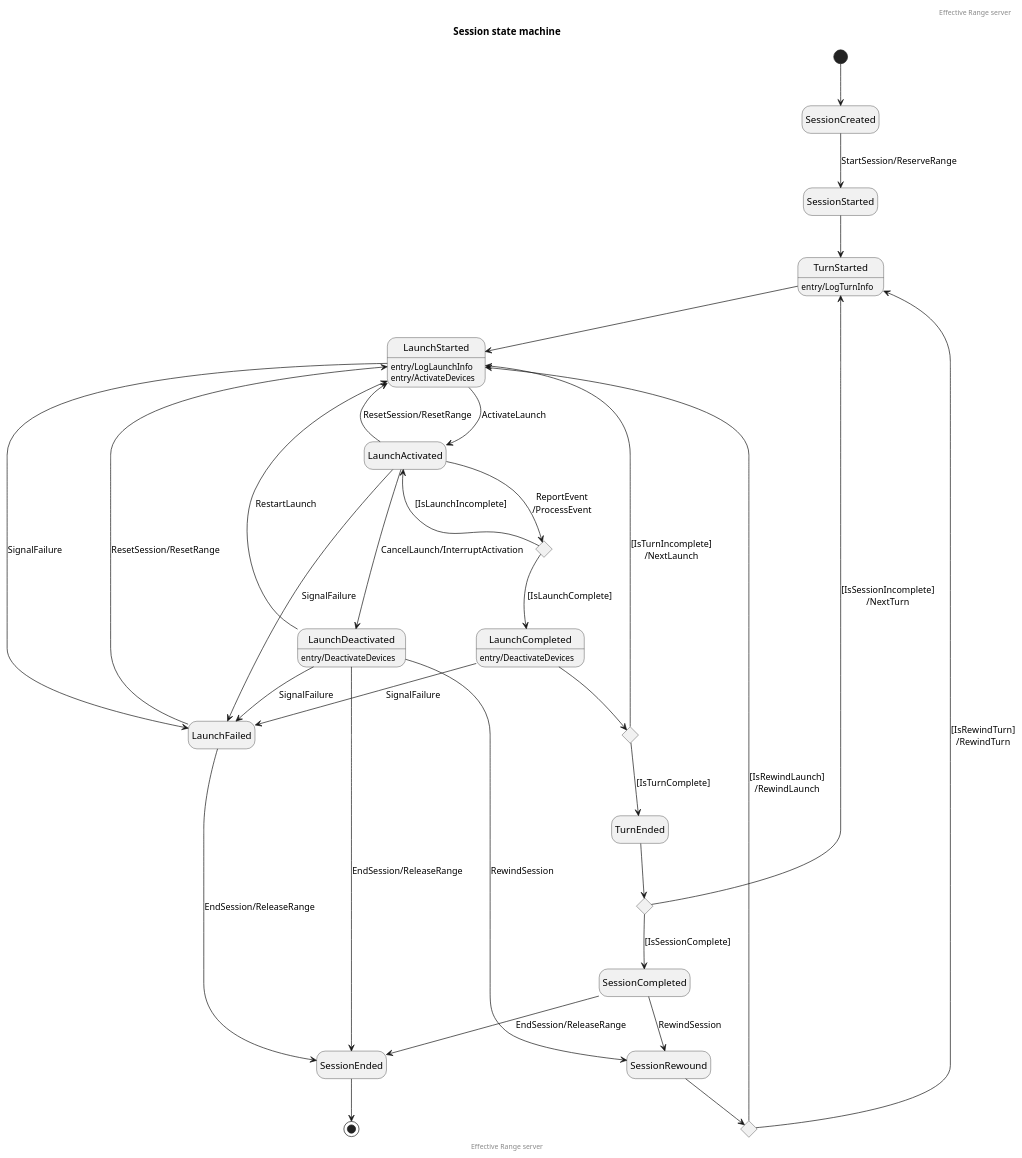
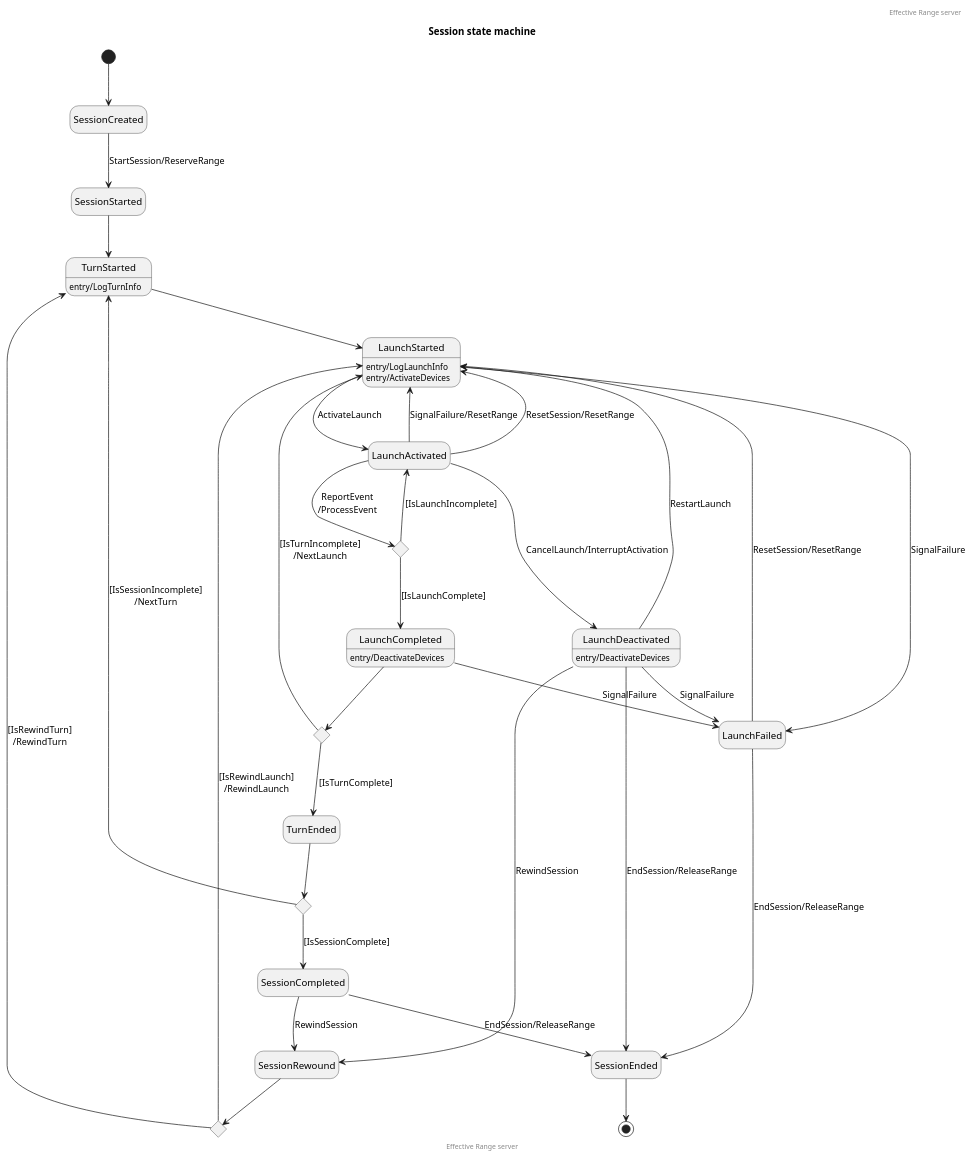
The diagram in state/server-session.puml (EffectiveRange/effective-range-api), drawn with PlantUML before and after one commit.

Commit message:
Update server session state diagram (#39)

```diff
--- a/state/server-session.puml
+++ b/state/server-session.puml
@@ -1,68 +1,68 @@
 @startuml
 hide empty description
 
 header Effective Range server
 title Session state machine
 
 [*] --> SessionCreated
 SessionCreated --> SessionStarted : StartSession/ReserveRange
 SessionStarted --> TurnStarted
 TurnStarted : entry/LogTurnInfo
 TurnStarted --> LaunchStarted
 
 LaunchStarted : entry/LogLaunchInfo
 LaunchStarted : entry/ActivateDevices
 LaunchStarted --> LaunchActivated : ActivateLaunch
 
 state LaunchActivatedChoice <<choice>>
 
 ' Successful launch
 LaunchActivated --> LaunchActivatedChoice : ReportEvent\n/ProcessEvent
 LaunchActivatedChoice --> LaunchActivated : [IsLaunchIncomplete]
 LaunchActivatedChoice --> LaunchCompleted : [IsLaunchComplete]
 LaunchCompleted : entry/DeactivateDevices
 
 state LaunchCompleteChoice <<choice>>
 
 LaunchCompleted --> LaunchCompleteChoice
 LaunchCompleteChoice --> LaunchStarted : [IsTurnIncomplete]\n/NextLaunch
 LaunchCompleteChoice --> TurnEnded : [IsTurnComplete]
 
 LaunchActivated --> LaunchDeactivated : CancelLaunch/InterruptActivation
 LaunchDeactivated : entry/DeactivateDevices
 LaunchDeactivated --> SessionEnded : EndSession/ReleaseRange
 
 ' Restart launch
 LaunchDeactivated --> LaunchStarted : RestartLaunch
 
 ' Failed launch
 LaunchStarted --> LaunchFailed : SignalFailure
-LaunchActivated --> LaunchFailed : SignalFailure
+LaunchActivated --> LaunchStarted : SignalFailure/ResetRange
 LaunchCompleted --> LaunchFailed : SignalFailure
 LaunchDeactivated --> LaunchFailed : SignalFailure
 LaunchFailed --> LaunchStarted : ResetSession/ResetRange
 LaunchFailed --> SessionEnded : EndSession/ReleaseRange
 
 ' Continue session after server restart
 LaunchActivated --> LaunchStarted : ResetSession/ResetRange
 
 ' Rewound session
 state SessionRewoundChoice <<choice>>
 
 LaunchDeactivated --> SessionRewound : RewindSession
 SessionRewound --> SessionRewoundChoice
 SessionRewoundChoice --> LaunchStarted : [IsRewindLaunch]\n/RewindLaunch
 SessionRewoundChoice --> TurnStarted : [IsRewindTurn]\n/RewindTurn
 
 state TurnEndedChoice <<choice>>
 
 TurnEnded --> TurnEndedChoice
 TurnEndedChoice --> TurnStarted : [IsSessionIncomplete]\n/NextTurn
 TurnEndedChoice --> SessionCompleted : [IsSessionComplete]
 SessionCompleted --> SessionRewound : RewindSession
 SessionCompleted --> SessionEnded : EndSession/ReleaseRange
 SessionEnded --> [*]
 
 footer Effective Range server
 
 @enduml
```
